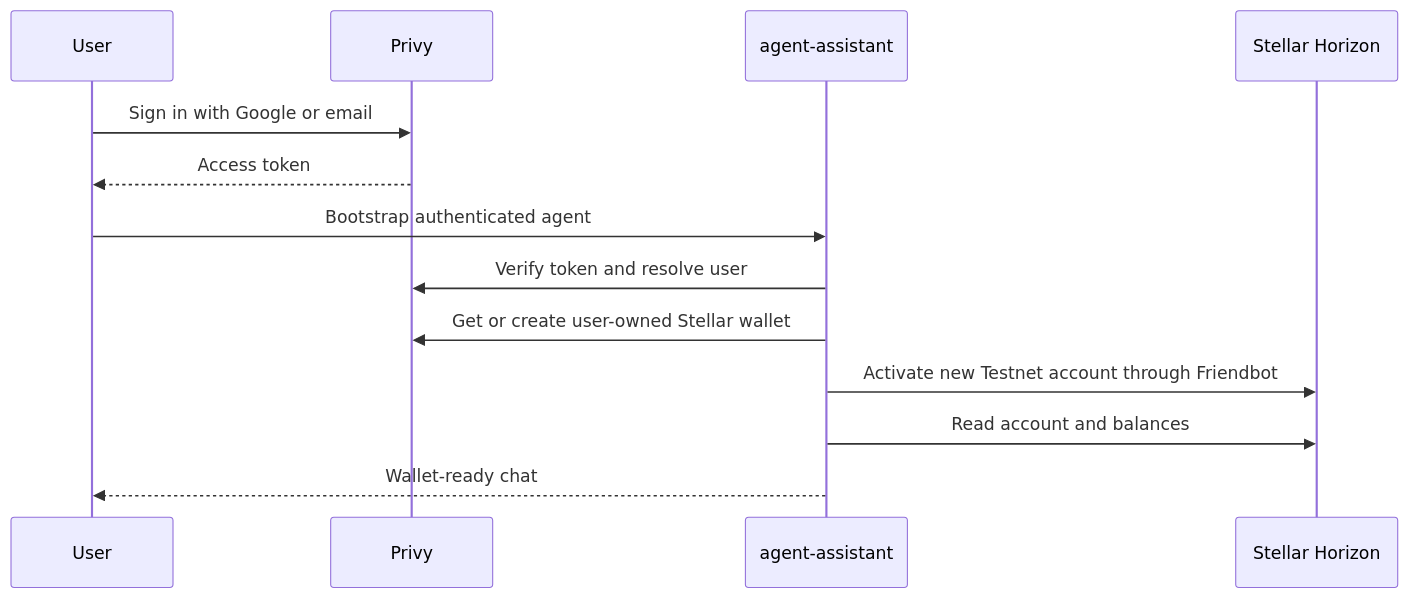
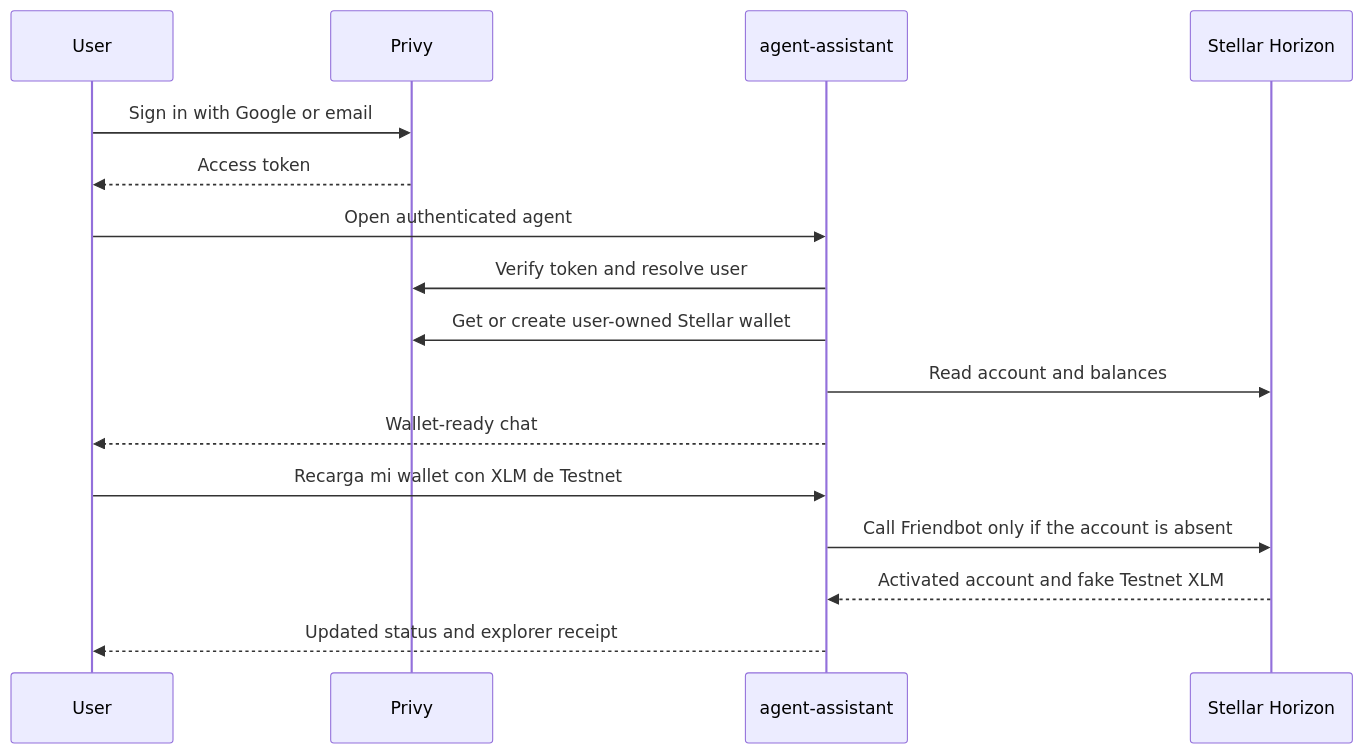
One commit to CaBsCrypto/agente-asistente changed the diagram in docs/privy-stellar-testnet.md. Above: the diagram before and after it, drawn with Mermaid. The commit also changed other lines of this file and 9 other files, not shown here.

Commit message:
Add chat-native Testnet wallet onboarding

```diff
--- a/docs/privy-stellar-testnet.md
+++ b/docs/privy-stellar-testnet.md
@@ -7,15 +7,18 @@
 ~~~mermaid
 sequenceDiagram
     participant U as User
     participant P as Privy
     participant A as agent-assistant
     participant H as Stellar Horizon
     U->>P: Sign in with Google or email
     P-->>U: Access token
-    U->>A: Bootstrap authenticated agent
+    U->>A: Open authenticated agent
     A->>P: Verify token and resolve user
     A->>P: Get or create user-owned Stellar wallet
-    A->>H: Activate new Testnet account through Friendbot
     A->>H: Read account and balances
     A-->>U: Wallet-ready chat
+    U->>A: Recarga mi wallet con XLM de Testnet
+    A->>H: Call Friendbot only if the account is absent
+    H-->>A: Activated account and fake Testnet XLM
+    A-->>U: Updated status and explorer receipt
 ~~~
```
